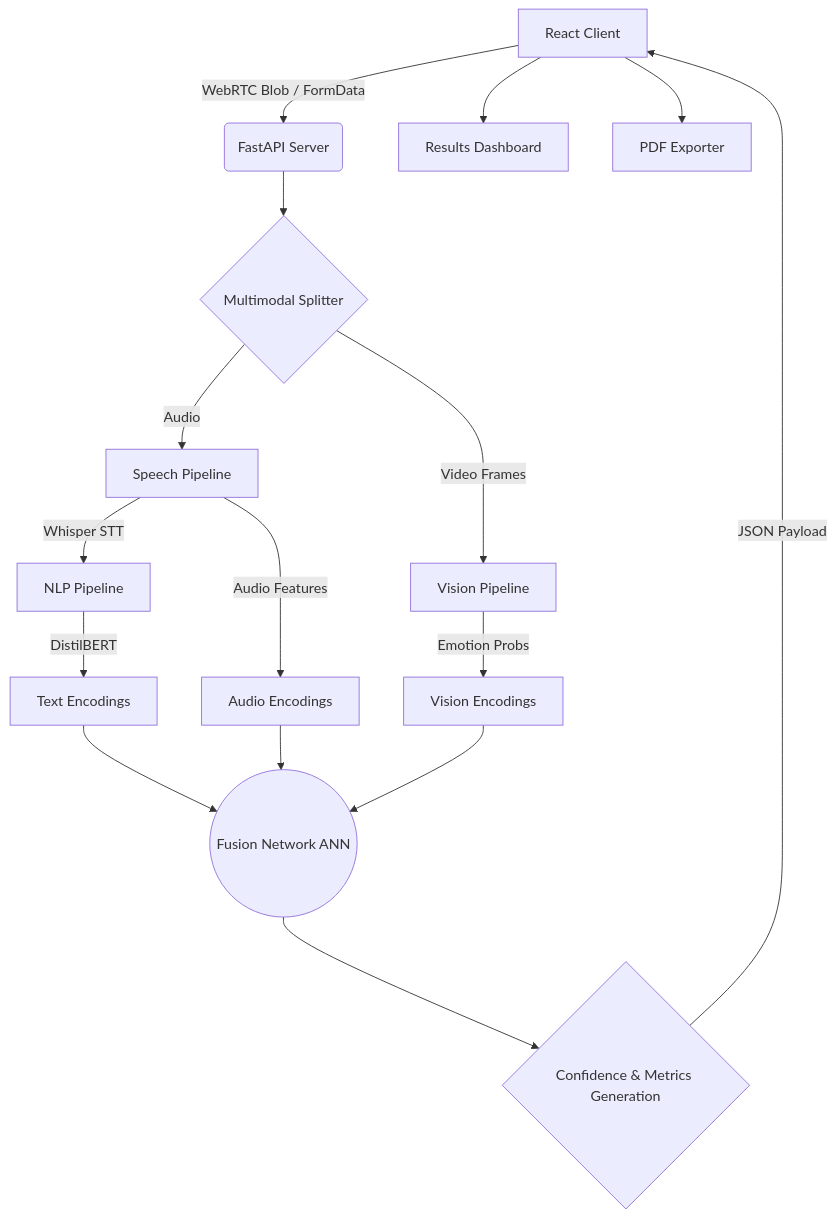
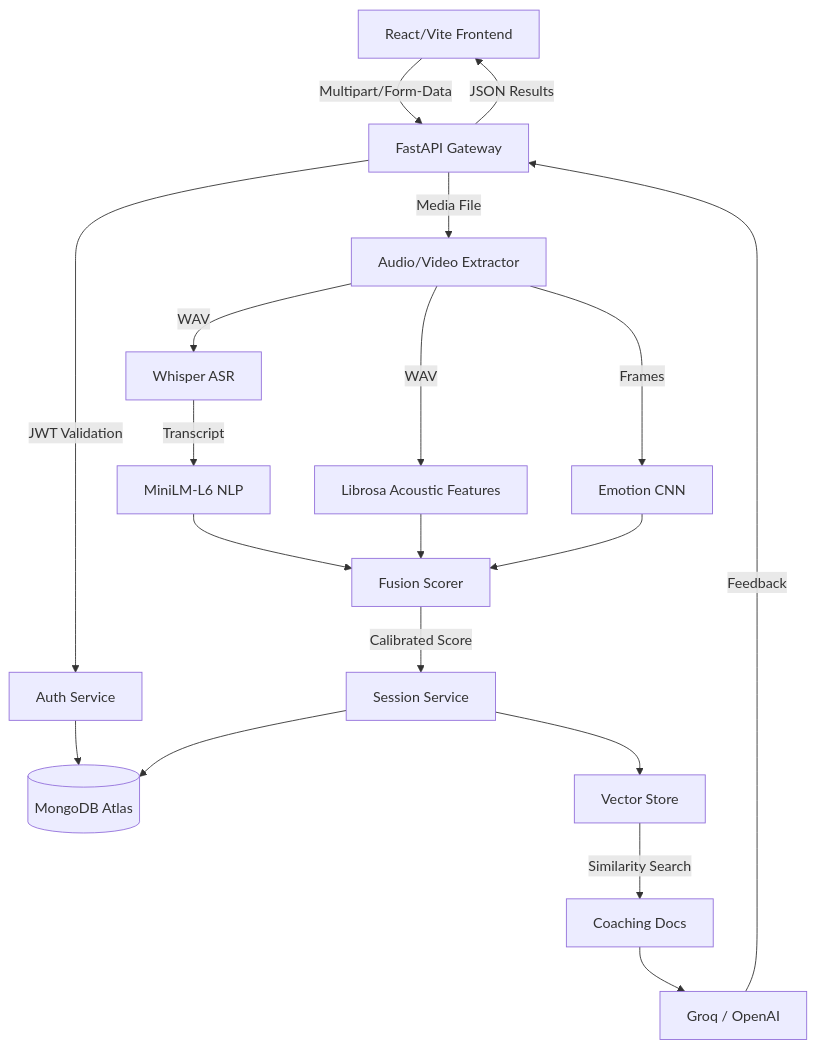
Before and after one commit to muhammad1234-max/Multimodal-Interview-Intelligence: the diagram in README.md, drawn with Mermaid. The commit also changed other lines of this file and 80 other files, not shown here.

````diff
--- a/README.md
+++ b/README.md
@@ -142,23 +68,35 @@
 ```mermaid
 graph TD
-    A[React Client] -->|WebRTC Blob / FormData| B(FastAPI Server)
-    B --> C{Multimodal Splitter}
+    %% Frontend Layer
+    Client[React/Vite Frontend] -->|Multipart/Form-Data| API[FastAPI Gateway]
     
-    C -->|Audio| D[Speech Pipeline]
-    C -->|Video Frames| E[Vision Pipeline]
+    %% API Layer
+    API -->|JWT Validation| Auth[Auth Service]
+    Auth --> MongoDB[(MongoDB Atlas)]
     
-    D -->|Whisper STT| F[NLP Pipeline]
-    D -->|Audio Features| G[Audio Encodings]
-    E -->|Emotion Probs| H[Vision Encodings]
-    F -->|DistilBERT| I[Text Encodings]
+    %% ML Pipeline Layer
+    API -->|Media File| Extractor[Audio/Video Extractor]
     
-    G --> J((Fusion Network ANN))
-    H --> J
-    I --> J
+    Extractor -->|WAV| Speech[Whisper ASR]
+    Extractor -->|WAV| AudioFeat[Librosa Acoustic Features]
+    Extractor -->|Frames| Vision[Emotion CNN]
     
-    J --> K{Confidence & Metrics Generation}
-    K -->|JSON Payload| A
+    Speech -->|Transcript| NLP[MiniLM-L6 NLP]
     
-    A --> L[Results Dashboard]
-    A --> M[PDF Exporter]
+    %% Fusion Layer
+    NLP --> Fusion[Fusion Scorer]
+    AudioFeat --> Fusion
+    Vision --> Fusion
+    
+    %% Coaching Layer
+    Fusion -->|Calibrated Score| DBWrite[Session Service]
+    DBWrite --> MongoDB
+    
+    DBWrite --> RAG[Vector Store]
+    RAG -->|Similarity Search| Context[Coaching Docs]
+    Context --> LLM[Groq / OpenAI]
+    LLM -->|Feedback| API
+    
+    %% Response
+    API -->|JSON Results| Client
 ```
````
